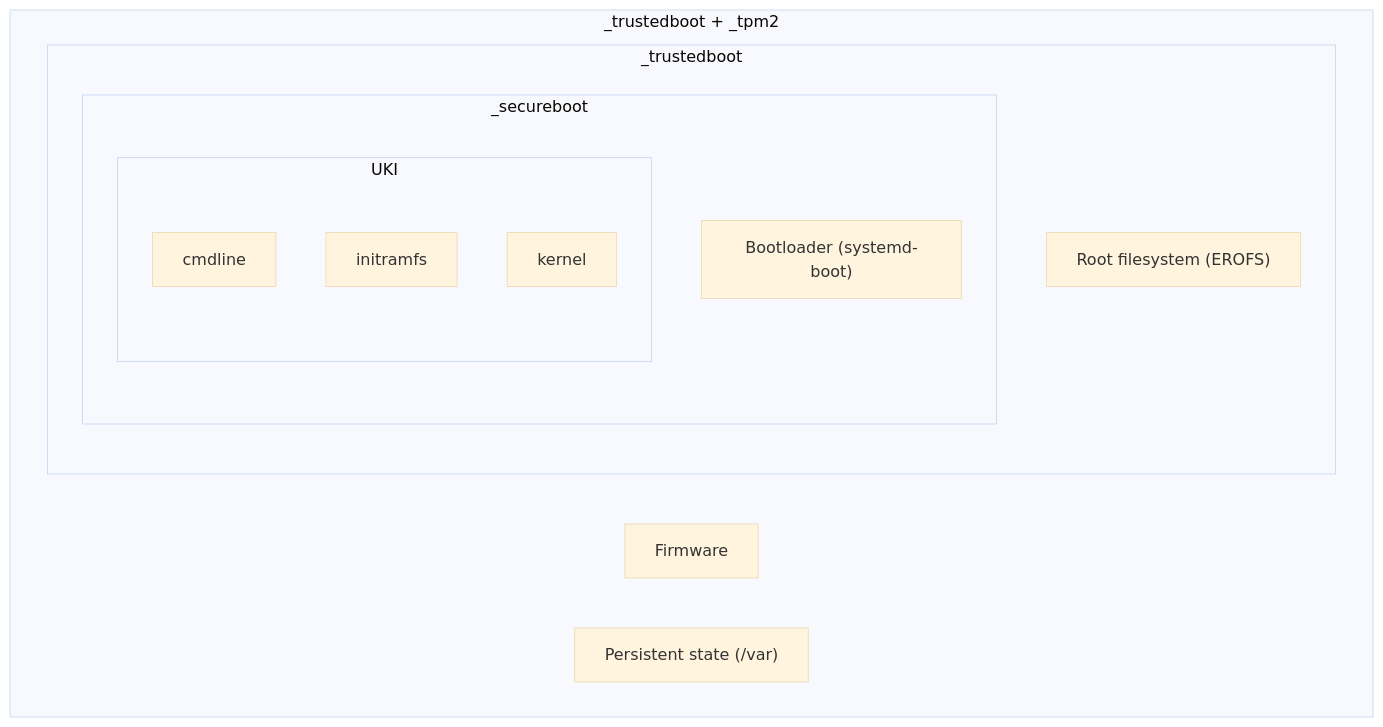
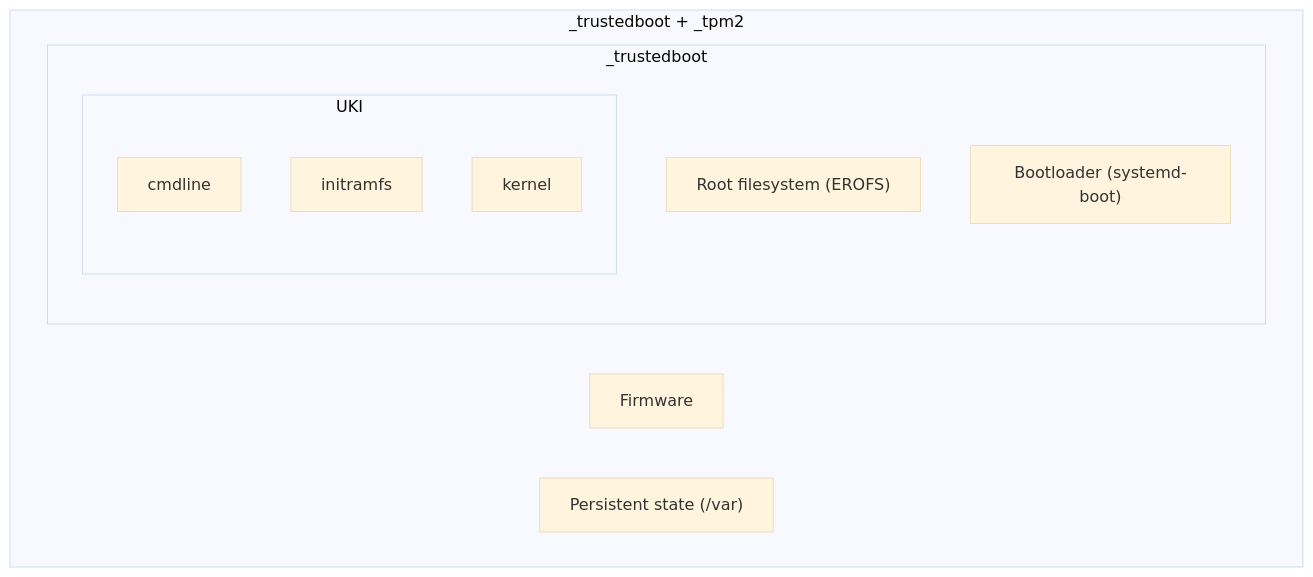
The diagram in docs/explanation/secure-boot.md (gardenlinux/gardenlinux), drawn with Mermaid (base theme) before and after one commit. The commit also changed other lines of this file and 10 other files, not shown here.

````diff
--- a/docs/explanation/secure-boot.md
+++ b/docs/explanation/secure-boot.md
@@ -34,18 +33,16 @@
 ```mermaid
 flowchart TD
     subgraph tpm2 ["_trustedboot + _tpm2"]
         firmware["Firmware"]
         subgraph tb ["_trustedboot"]
             rootfs["Root filesystem (EROFS)"]
-            subgraph sb ["_secureboot"]
-                bootloader["Bootloader (systemd-boot)"]
-                subgraph uki ["UKI"]
-                    cmdline["cmdline"]
-                    initramfs["initramfs"]
-                    kernel["kernel"]
-                end
+            bootloader["Bootloader (systemd-boot)"]
+            subgraph uki ["UKI"]
+                cmdline["cmdline"]
+                initramfs["initramfs"]
+                kernel["kernel"]
             end
         end
         persistent["Persistent state (/var)"]
     end
 ```
````
